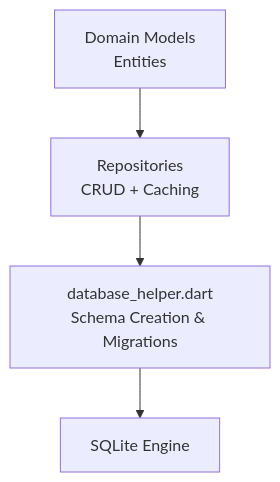
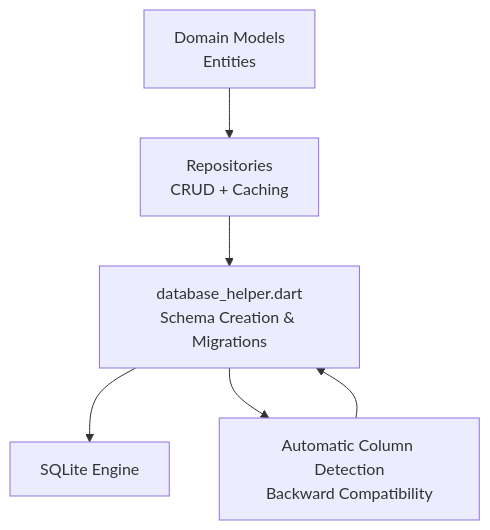
One commit to favoroo/QNote changed the second of 5 diagrams in .qoder/repowiki/en/content/Data Models and Database Schema/Data Models and Database Schema.md. Above: the diagram before and after it, drawn with Mermaid. The commit also changed other lines of this file and 68 other files, not shown here.

````diff
--- a/.qoder/repowiki/en/content/Data Models and Database Schema/Data Models and Database Schema.md
+++ b/.qoder/repowiki/en/content/Data Models and Database Schema/Data Models and Database Schema.md
@@ -220,10 +228,13 @@
 ```mermaid
 graph TB
 DH["database_helper.dart<br/>Schema Creation & Migrations"]
 DB["SQLite Engine"]
 Repo["Repositories<br/>CRUD + Caching"]
 Models["Domain Models<br/>Entities"]
+AutoMigrate["Automatic Column Detection<br/>Backward Compatibility"]
 DH --> DB
+DH --> AutoMigrate
 Repo --> DH
 Models --> Repo
+AutoMigrate --> DH
 ```
````
